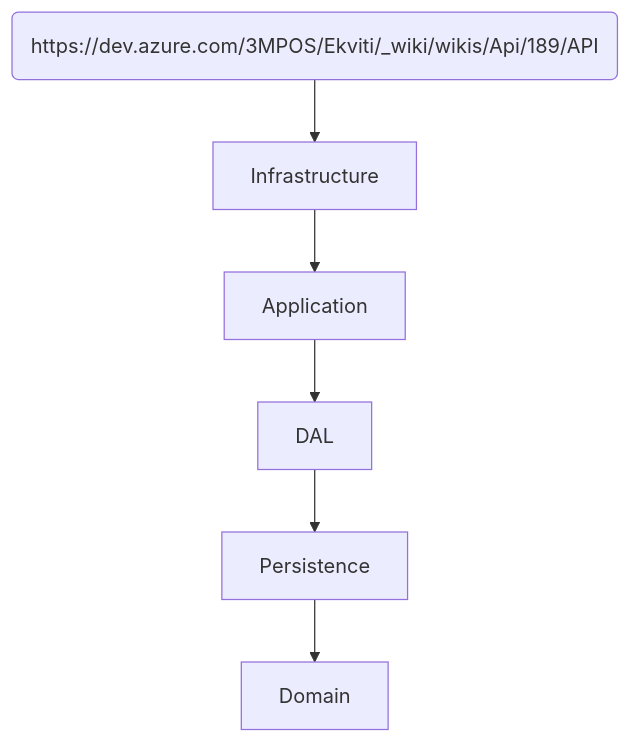
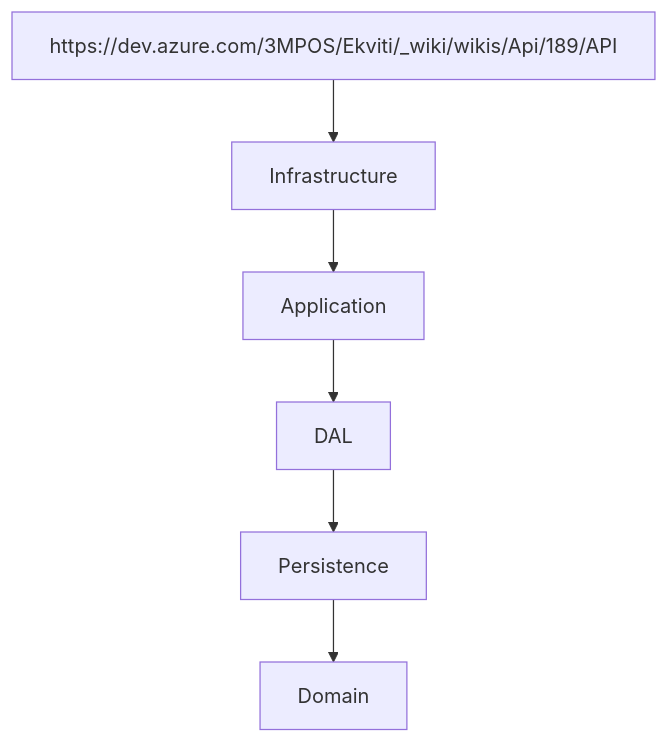
Before and after one commit to tringltom/API: the diagram in Documentation/DEV.md, drawn with Mermaid.

Commit message:
Updated DEV

```diff
--- a/Documentation/DEV.md
+++ b/Documentation/DEV.md
@@ -2,4 +2,4 @@
 ::: mermaid
  graph TD;
- LINK(https://dev.azure.com/3MPOS/Ekviti/_wiki/wikis/Api/189/API) --> Infrastructure --> Application --> DAL --> Persistence --> Domain;
+ LINK[https://dev.azure.com/3MPOS/Ekviti/_wiki/wikis/Api/189/API] --> Infrastructure --> Application --> DAL --> Persistence --> Domain;
 :::
```
